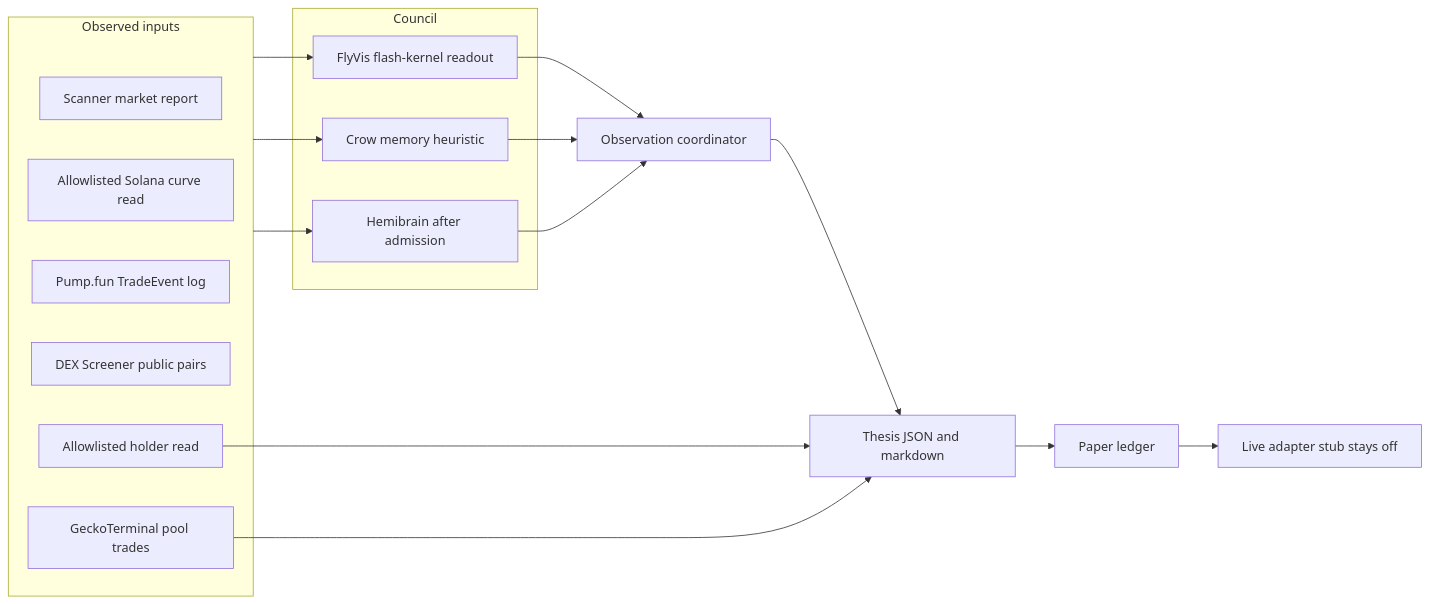
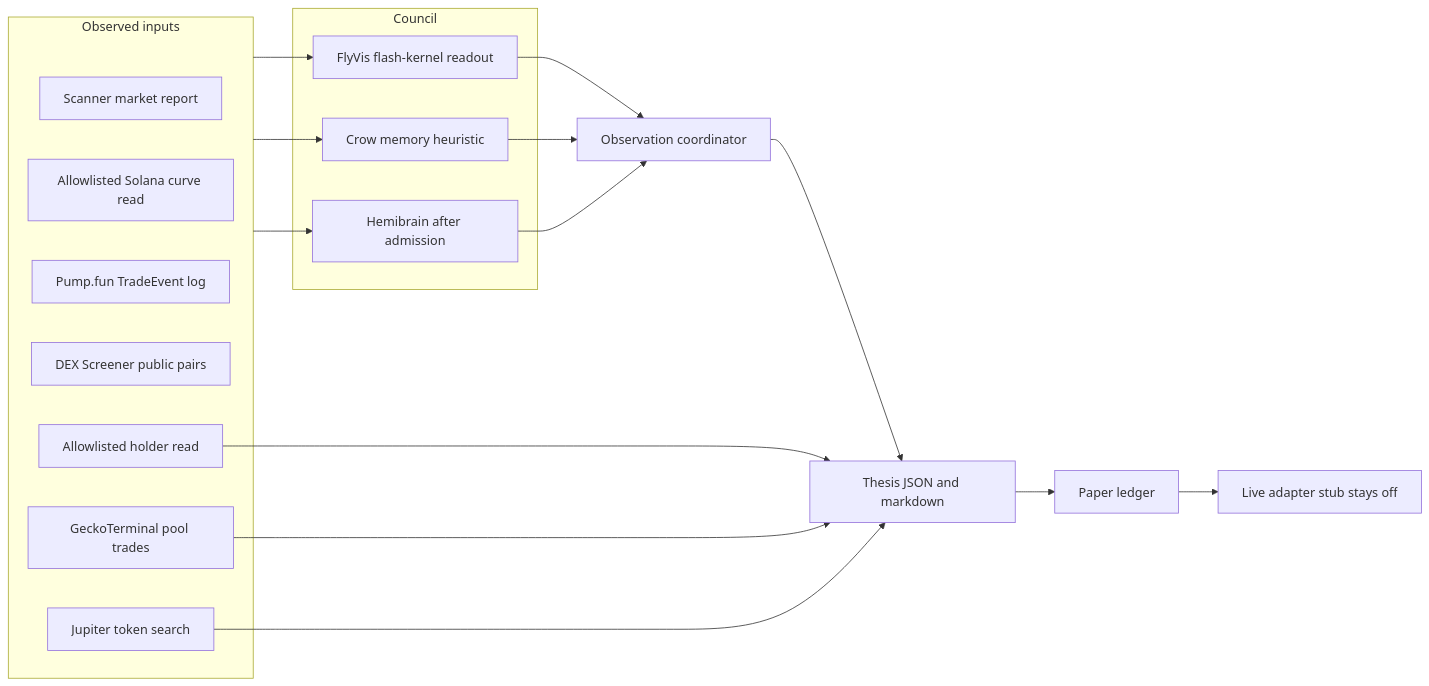
The diagram in docs/giant-brain.md (BuildWithAAI/buildwithAAI), drawn with Mermaid before and after one commit. The commit also changed other lines of this file and 11 other files, not shown here.

First line of the commit message:
Store public Jupiter token reads and leave them off the paper book

````diff
--- a/docs/giant-brain.md
+++ b/docs/giant-brain.md
@@ -5,27 +5,29 @@
 ```mermaid
 flowchart LR
   subgraph sources [Observed inputs]
     Scanner[Scanner market report]
     Curve[Allowlisted Solana curve read]
     Pump[Pump.fun TradeEvent log]
     Dex[DEX Screener public pairs]
     Holder[Allowlisted holder read]
     Flow[GeckoTerminal pool trades]
+    Jup[Jupiter token search]
   end
   subgraph brains [Council]
     Fly[FlyVis flash-kernel readout]
     Crow[Crow memory heuristic]
     Hemi[Hemibrain after admission]
   end
   sources --> Fly
   sources --> Crow
   sources --> Hemi
   Fly --> Round[Observation coordinator]
   Crow --> Round
   Hemi --> Round
   Round --> Thesis[Thesis JSON and markdown]
   Holder --> Thesis
   Flow --> Thesis
+  Jup --> Thesis
   Thesis --> PaperBook[Paper ledger]
   PaperBook --> LiveStub[Live adapter stub stays off]
 ```
````
